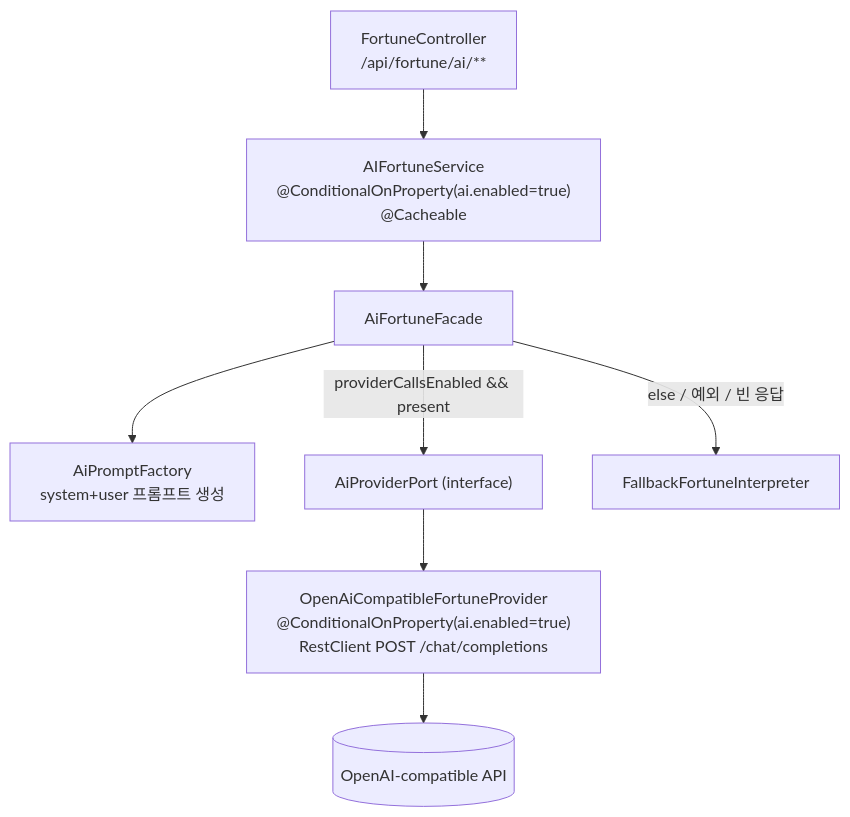
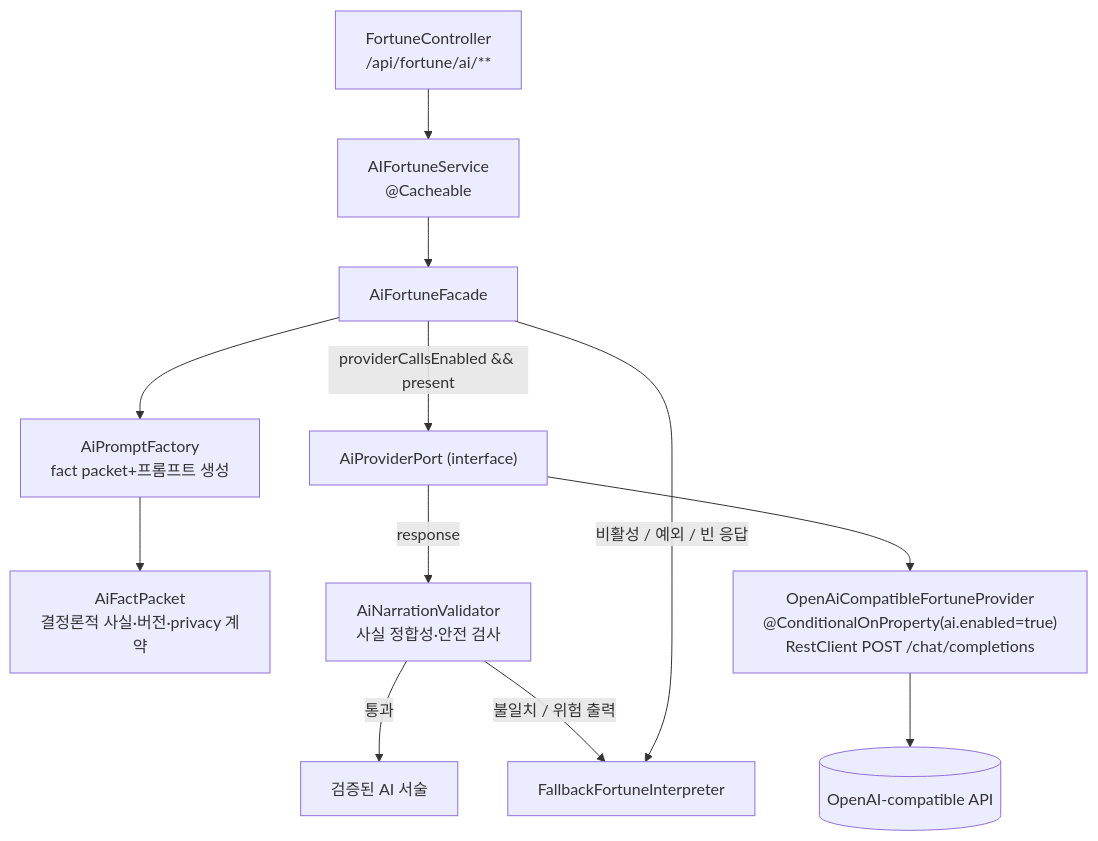
One commit to nanamix/korean-fortune-system changed the diagram in docs/reference/06-ai-and-fallback.md. Above: the diagram before and after it, drawn with Mermaid. The commit also changed other lines of this file and 12 other files, not shown here.

````diff
--- a/docs/reference/06-ai-and-fallback.md
+++ b/docs/reference/06-ai-and-fallback.md
@@ -12,10 +12,14 @@
 ```mermaid
 flowchart TD
-    CTRL["FortuneController<br/>/api/fortune/ai/**"] --> SVC["AIFortuneService<br/>@ConditionalOnProperty(ai.enabled=true)<br/>@Cacheable"]
+    CTRL["FortuneController<br/>/api/fortune/ai/**"] --> SVC["AIFortuneService<br/>@Cacheable"]
     SVC --> FAC["AiFortuneFacade"]
-    FAC --> PF["AiPromptFactory<br/>system+user 프롬프트 생성"]
+    FAC --> PF["AiPromptFactory<br/>fact packet+프롬프트 생성"]
+    PF --> FACT["AiFactPacket<br/>결정론적 사실·버전·privacy 계약"]
     FAC -->|providerCallsEnabled && present| PORT["AiProviderPort (interface)"]
-    FAC -->|else / 예외 / 빈 응답| FB["FallbackFortuneInterpreter"]
+    PORT -->|response| VAL["AiNarrationValidator<br/>사실 정합성·안전 검사"]
+    VAL -->|통과| OUT["검증된 AI 서술"]
+    VAL -->|불일치 / 위험 출력| FB["FallbackFortuneInterpreter"]
+    FAC -->|비활성 / 예외 / 빈 응답| FB
     PORT --> PROV["OpenAiCompatibleFortuneProvider<br/>@ConditionalOnProperty(ai.enabled=true)<br/>RestClient POST /chat/completions"]
     PROV --> EXT[("OpenAI-compatible API")]
 ```
````
